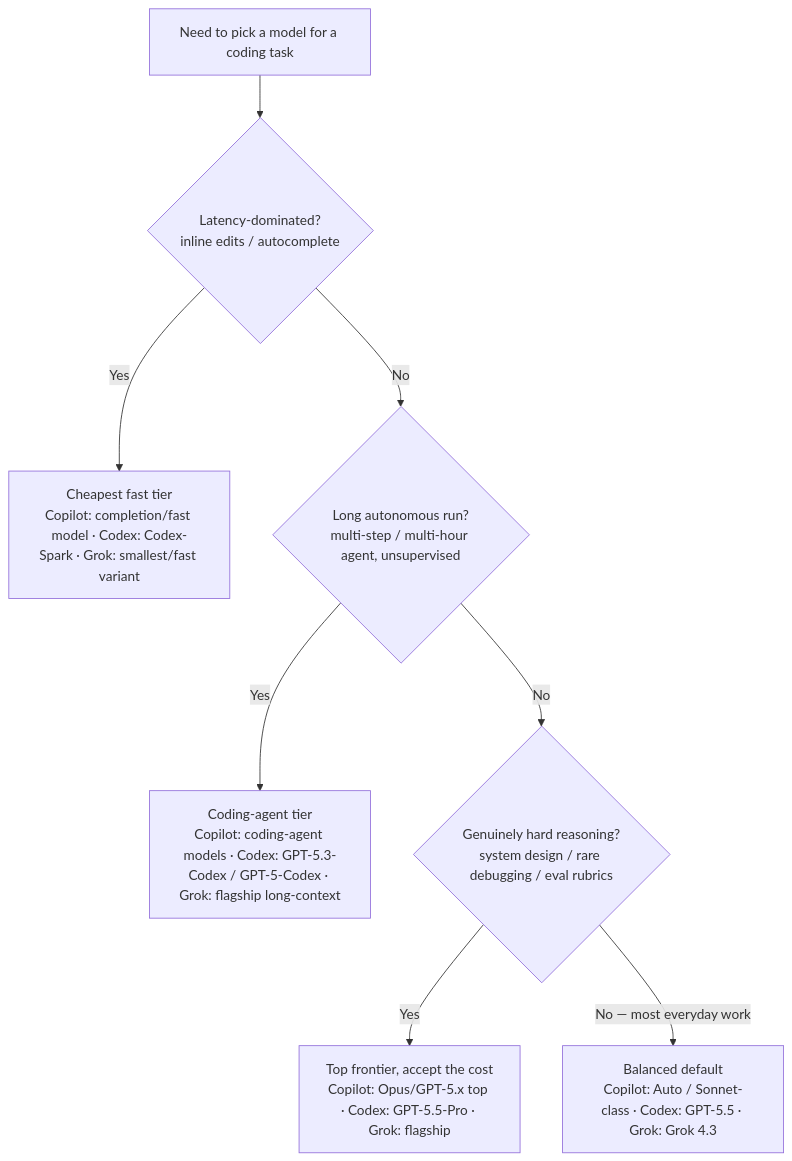
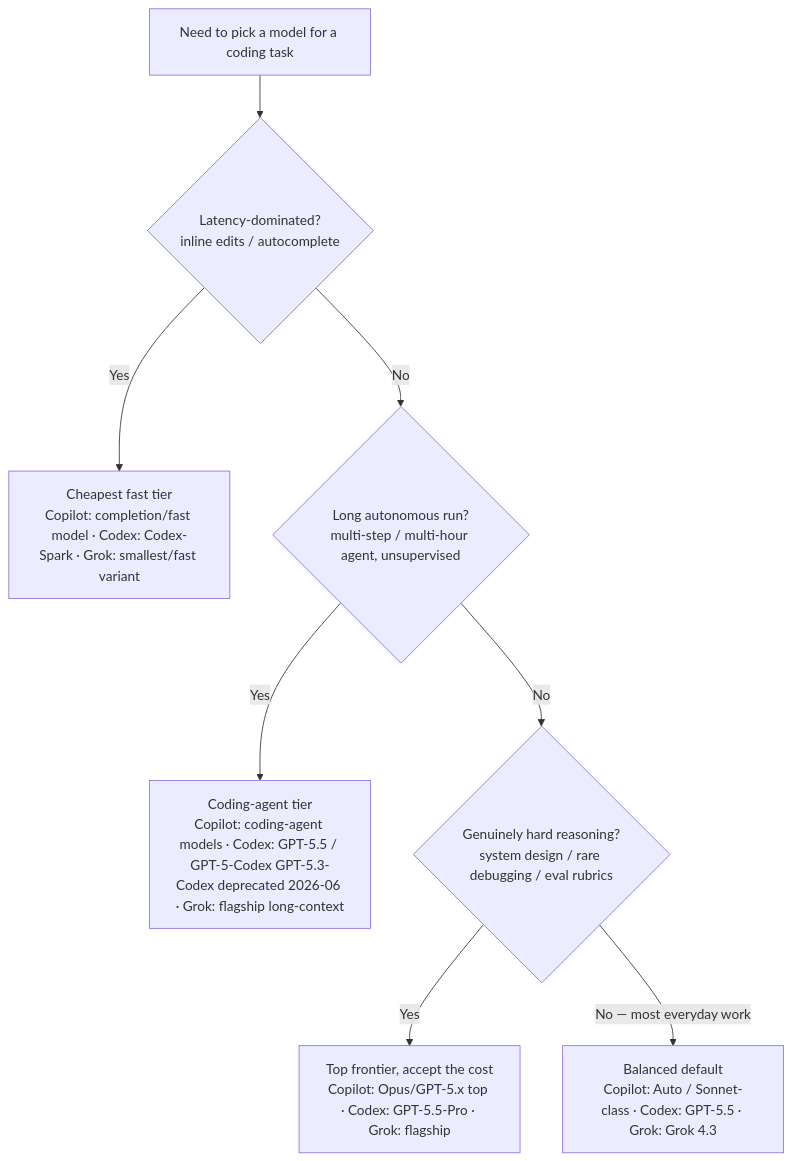
Before and after one commit to mcorbett51090/RavenClaude: the first of 2 diagrams in plugins/ai-coding-model-guidance/knowledge/cross-tool-model-lineup-2026.md, drawn with Mermaid. The commit also changed other lines of this file and 12 other files, not shown here.

````diff
--- a/plugins/ai-coding-model-guidance/knowledge/cross-tool-model-lineup-2026.md
+++ b/plugins/ai-coding-model-guidance/knowledge/cross-tool-model-lineup-2026.md
@@ -25,10 +33,10 @@
 ```mermaid
 flowchart TD
     A[Need to pick a model for a coding task] --> Q1{Latency-dominated?<br/>inline edits / autocomplete}
     Q1 -->|Yes| FAST[Cheapest fast tier<br/>Copilot: completion/fast model · Codex: Codex-Spark · Grok: smallest/fast variant]
     Q1 -->|No| Q2{Long autonomous run?<br/>multi-step / multi-hour agent, unsupervised}
-    Q2 -->|Yes| AGENT[Coding-agent tier<br/>Copilot: coding-agent models · Codex: GPT-5.3-Codex / GPT-5-Codex · Grok: flagship long-context]
+    Q2 -->|Yes| AGENT[Coding-agent tier<br/>Copilot: coding-agent models · Codex: GPT-5.5 / GPT-5-Codex GPT-5.3-Codex deprecated 2026-06 · Grok: flagship long-context]
     Q2 -->|No| Q3{Genuinely hard reasoning?<br/>system design / rare debugging / eval rubrics}
     Q3 -->|Yes| TOP[Top frontier, accept the cost<br/>Copilot: Opus/GPT-5.x top · Codex: GPT-5.5-Pro · Grok: flagship]
     Q3 -->|No — most everyday work| MID[Balanced default<br/>Copilot: Auto / Sonnet-class · Codex: GPT-5.5 · Grok: Grok 4.3]
 ```
````
